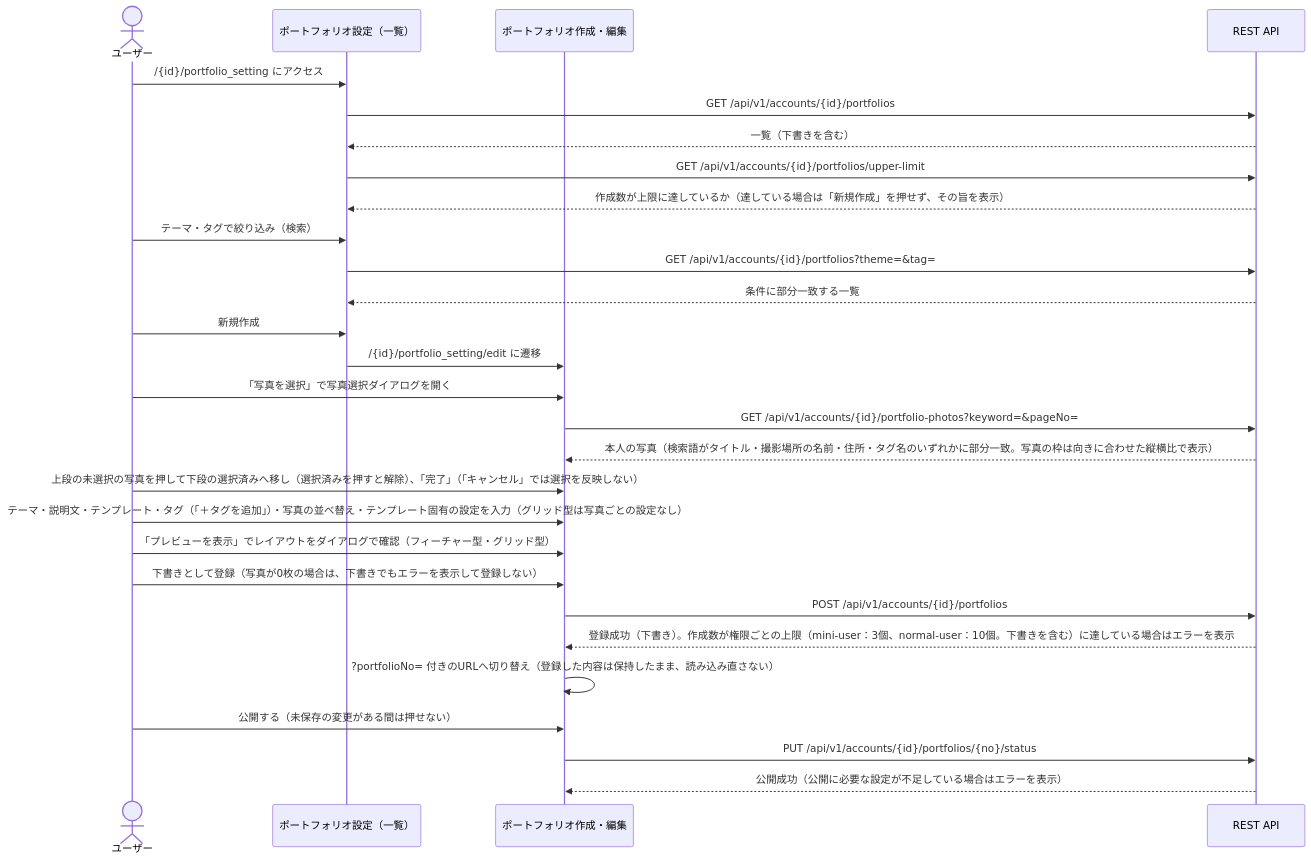
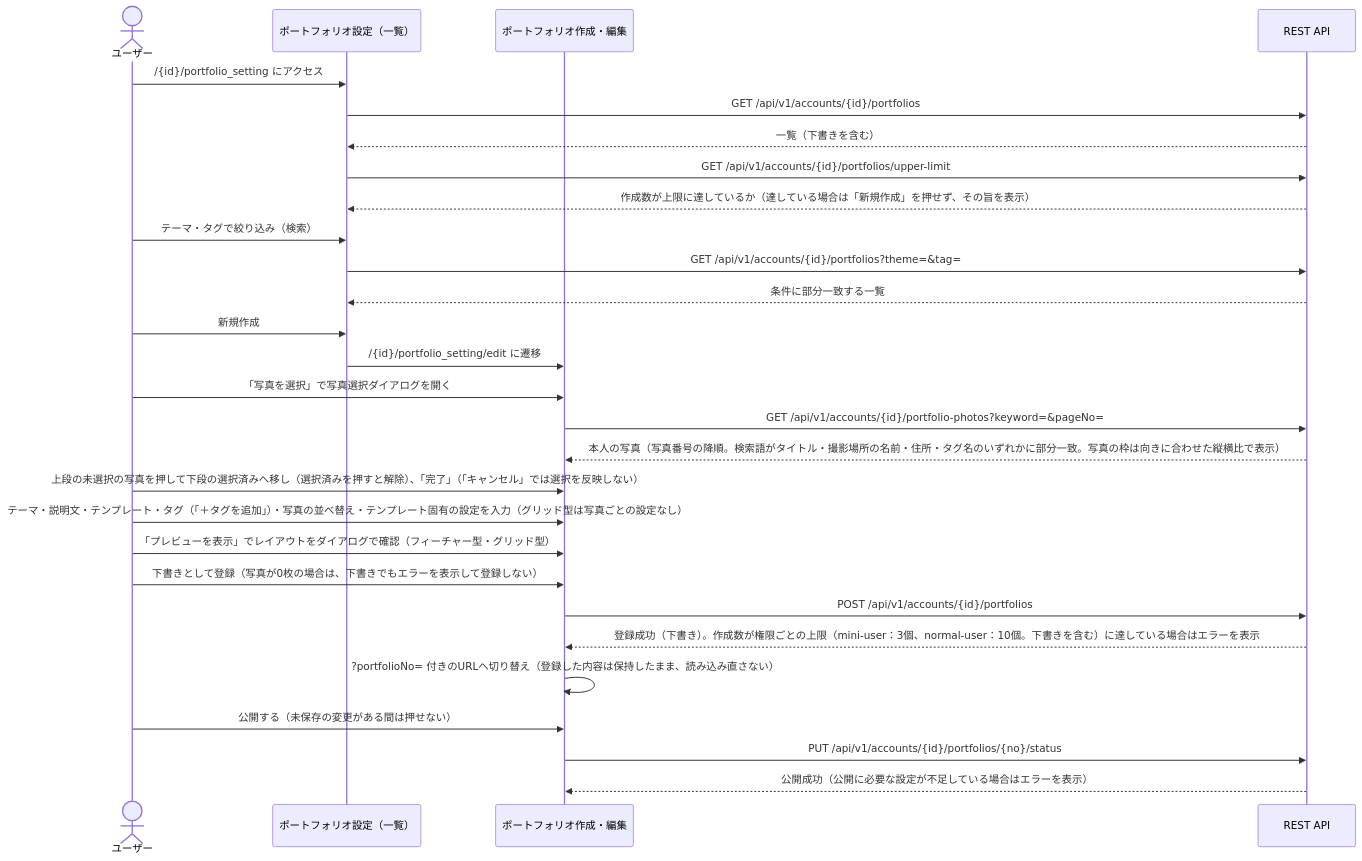
One commit to KentoKodama214/WebGallery changed the fifth of 10 diagrams in doc/view/screen-transition.md. Above: the diagram before and after it, drawn with Mermaid. The commit also changed 2 other files, not shown here.

Commit message:
docs(portfolio-ui): note that the photo picker lists photos by photo number descending

````diff
--- a/doc/view/screen-transition.md
+++ b/doc/view/screen-transition.md
@@ -209,31 +209,31 @@
 ```mermaid
 sequenceDiagram
     actor User as ユーザー
     participant List as ポートフォリオ設定（一覧）
     participant Edit as ポートフォリオ作成・編集
     participant API as REST API
 
     User->>List: /{id}/portfolio_setting にアクセス
     List->>API: GET /api/v1/accounts/{id}/portfolios
     API-->>List: 一覧（下書きを含む）
     List->>API: GET /api/v1/accounts/{id}/portfolios/upper-limit
     API-->>List: 作成数が上限に達しているか（達している場合は「新規作成」を押せず、その旨を表示）
     User->>List: テーマ・タグで絞り込み（検索）
     List->>API: GET /api/v1/accounts/{id}/portfolios?theme=&tag=
     API-->>List: 条件に部分一致する一覧
     User->>List: 新規作成
     List->>Edit: /{id}/portfolio_setting/edit に遷移
     User->>Edit: 「写真を選択」で写真選択ダイアログを開く
     Edit->>API: GET /api/v1/accounts/{id}/portfolio-photos?keyword=&pageNo=
-    API-->>Edit: 本人の写真（検索語がタイトル・撮影場所の名前・住所・タグ名のいずれかに部分一致。写真の枠は向きに合わせた縦横比で表示）
+    API-->>Edit: 本人の写真（写真番号の降順。検索語がタイトル・撮影場所の名前・住所・タグ名のいずれかに部分一致。写真の枠は向きに合わせた縦横比で表示）
     User->>Edit: 上段の未選択の写真を押して下段の選択済みへ移し（選択済みを押すと解除）、「完了」（「キャンセル」では選択を反映しない）
     User->>Edit: テーマ・説明文・テンプレート・タグ（「＋タグを追加」）・写真の並べ替え・テンプレート固有の設定を入力（グリッド型は写真ごとの設定なし）
     User->>Edit: 「プレビューを表示」でレイアウトをダイアログで確認（フィーチャー型・グリッド型）
     User->>Edit: 下書きとして登録（写真が0枚の場合は、下書きでもエラーを表示して登録しない）
     Edit->>API: POST /api/v1/accounts/{id}/portfolios
     API-->>Edit: 登録成功（下書き）。作成数が権限ごとの上限（mini-user：3個、normal-user：10個。下書きを含む）に達している場合はエラーを表示
     Edit->>Edit: ?portfolioNo= 付きのURLへ切り替え（登録した内容は保持したまま、読み込み直さない）
     User->>Edit: 公開する（未保存の変更がある間は押せない）
     Edit->>API: PUT /api/v1/accounts/{id}/portfolios/{no}/status
     API-->>Edit: 公開成功（公開に必要な設定が不足している場合はエラーを表示）
 ```
````
